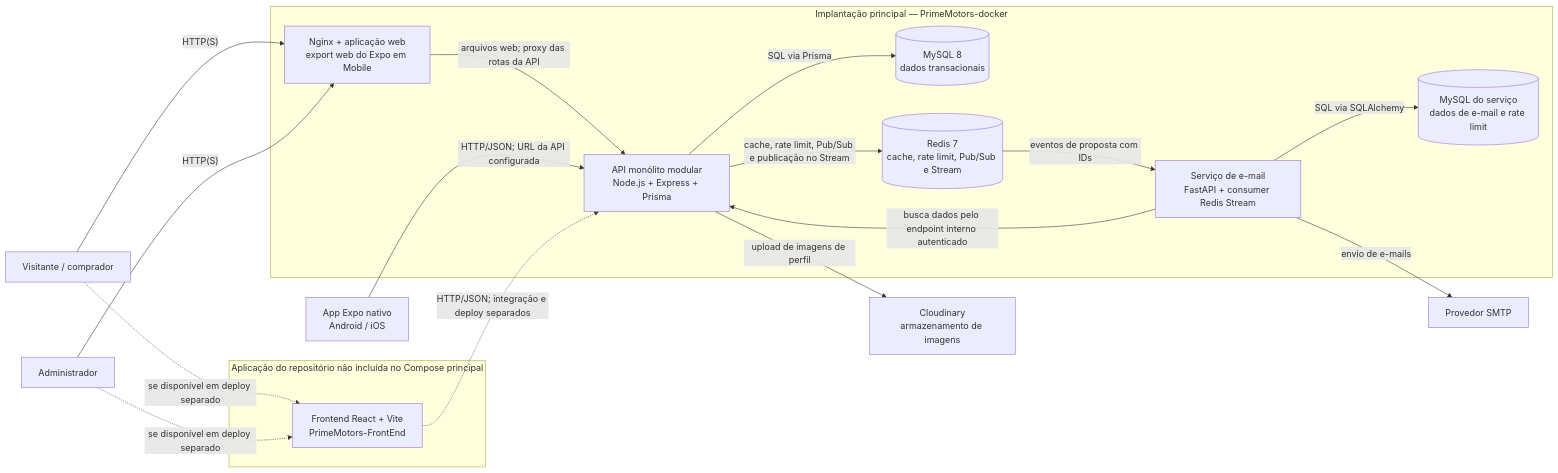
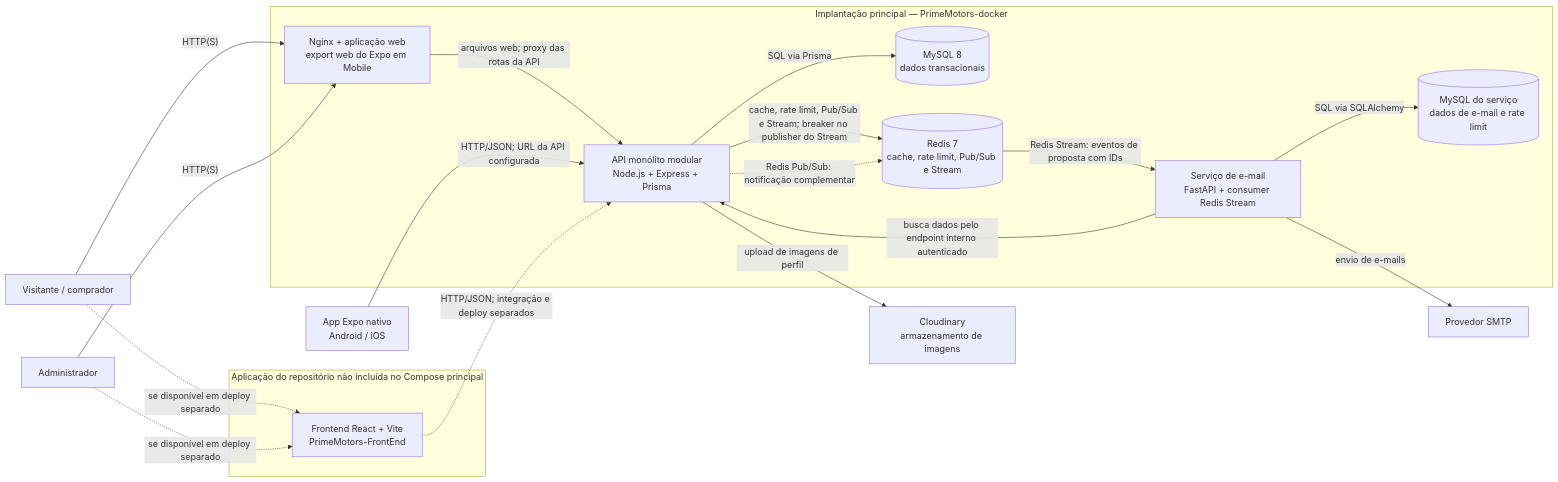
The second of 2 diagrams in docs/Architecture/c4-architecture.md (PrimeMotors-AF/PrimeMotors-Mobile), drawn with Mermaid before and after one commit. The commit also changed other lines of this file and 45 other files, not shown here.

````diff
--- a/docs/Architecture/c4-architecture.md
+++ b/docs/Architecture/c4-architecture.md
@@ -46,36 +42,37 @@
 ```mermaid
 flowchart LR
   visitante[Visitante / comprador]
   administrador[Administrador]
   dispositivo[App Expo nativo<br/>Android / iOS]
   cloudinary[Cloudinary<br/>armazenamento de imagens]
   smtp[Provedor SMTP]
 
   subgraph compose["Implantação principal — PrimeMotors-docker"]
     mobile[Nginx + aplicação web<br/>export web do Expo em Mobile]
     api[API monólito modular<br/>Node.js + Express + Prisma]
     mysql[(MySQL 8<br/>dados transacionais)]
     redis[(Redis 7<br/>cache, rate limit, Pub/Sub e Stream)]
     email[Serviço de e-mail<br/>FastAPI + consumer Redis Stream]
     emailMysql[(MySQL do serviço<br/>dados de e-mail e rate limit)]
   end
 
   subgraph foraCompose["Aplicação do repositório não incluída no Compose principal"]
     frontend[Frontend React + Vite<br/>PrimeMotors-FrontEnd]
   end
 
   visitante -->|"HTTP(S)"| mobile
   administrador -->|"HTTP(S)"| mobile
   visitante -.->|se disponível em deploy separado| frontend
   administrador -.->|se disponível em deploy separado| frontend
   mobile -->|arquivos web; proxy das rotas da API| api
   dispositivo -->|HTTP/JSON; URL da API configurada| api
   frontend -.->|HTTP/JSON; integração e deploy separados| api
   api -->|SQL via Prisma| mysql
-  api -->|cache, rate limit, Pub/Sub e publicação no Stream| redis
-  redis -->|eventos de proposta com IDs| email
+  api -->|cache, rate limit, Pub/Sub e Stream; breaker no publisher do Stream| redis
+  redis -->|Redis Stream: eventos de proposta com IDs| email
+  api -.->|Redis Pub/Sub: notificação complementar| redis
   email -->|busca dados pelo endpoint interno autenticado| api
   email -->|SQL via SQLAlchemy| emailMysql
   api -->|upload de imagens de perfil| cloudinary
   email -->|envio de e-mails| smtp
 ```
````
